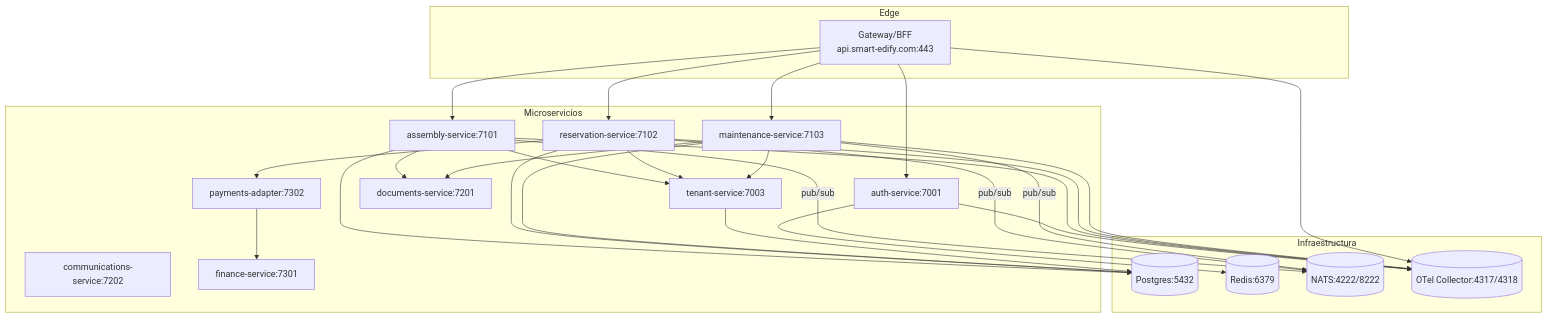
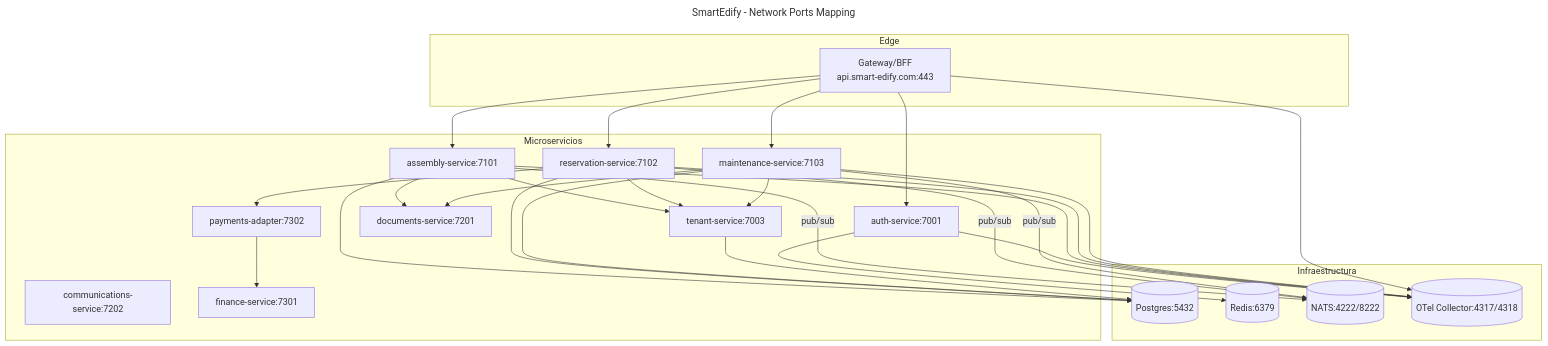
The diagram in docs/design/diagrams/network-ports.mmd (latamteks-cmyk/SmartEdify_V0), drawn with Mermaid before and after one commit. The commit also changed 9 other files, not shown here.

Commit message:
Organize Mermaid diagrams and add metadata

```diff
--- a/docs/design/diagrams/network-ports.mmd
+++ b/docs/design/diagrams/network-ports.mmd
@@ -1,51 +1,54 @@
+---
+title: SmartEdify - Network Ports Mapping
+---
 flowchart TB
   subgraph Edge
     GW[Gateway/BFF\napi.smart-edify.com:443]
   end
   subgraph Services[Microservicios]
     AUTH[auth-service:7001]
     TEN[tenant-service:7003]
     ASM[assembly-service:7101]
     RSV[reservation-service:7102]
     MNT[maintenance-service:7103]
     DOC[documents-service:7201]
     COM[communications-service:7202]
     FIN[finance-service:7301]
     PAY[payments-adapter:7302]
   end
   subgraph Infra[Infraestructura]
     PG[(Postgres:5432)]
     RD[(Redis:6379)]
     NATS[(NATS:4222/8222)]
     OT[(OTel Collector:4317/4318)]
   end
 
   GW-->AUTH
   GW-->ASM
   GW-->RSV
   GW-->MNT
 
   ASM-->TEN
   RSV-->TEN
   MNT-->TEN
 
   ASM-->DOC
   MNT-->DOC
   RSV-->PAY
   PAY-->FIN
 
   AUTH-->RD
   ASM-->PG
   RSV-->PG
   MNT-->PG
   TEN-->PG
 
   ASM--pub/sub-->NATS
   RSV--pub/sub-->NATS
   MNT--pub/sub-->NATS
 
   AUTH-->OT
   ASM-->OT
   RSV-->OT
   MNT-->OT
   GW-->OT
```
